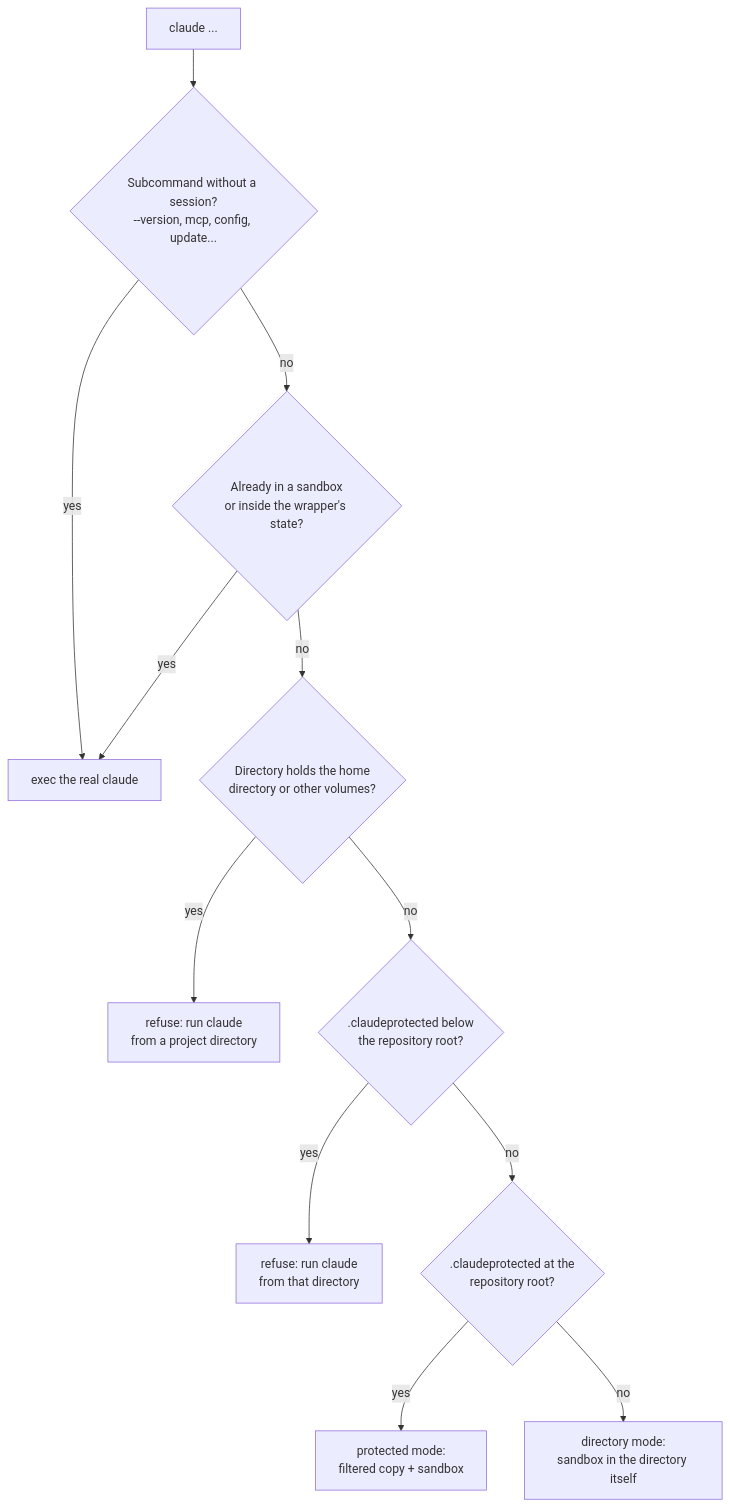
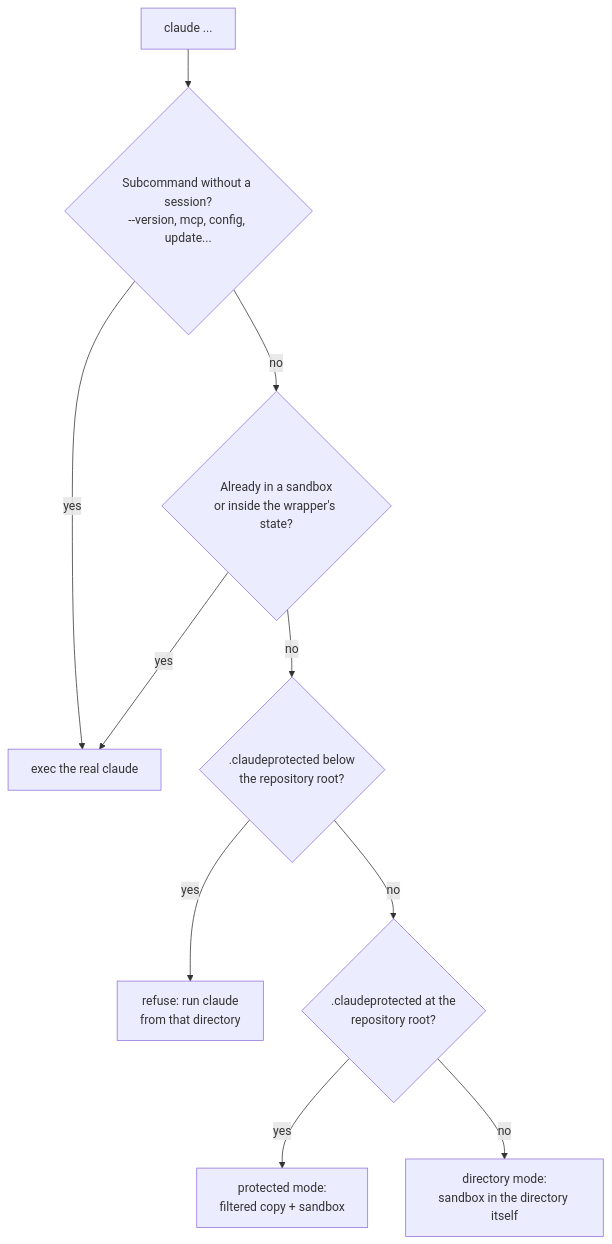
Before and after one commit to Lenstra/claude-secure-sandbox: the second of 4 diagrams in docs/ARCHITECTURE.md, drawn with Mermaid. The commit also changed other lines of this file and 7 other files, not shown here.

First line of the commit message:
feat: let a session started in the home directory read it, without writing there

````diff
--- a/docs/ARCHITECTURE.md
+++ b/docs/ARCHITECTURE.md
@@ -114,14 +114,12 @@
 ```mermaid
 flowchart TD
   start["claude ..."] --> sub{"Subcommand without a session?<br/>--version, mcp, config, update..."}
   sub -- yes --> real["exec the real claude"]
   sub -- no --> inside{"Already in a sandbox<br/>or inside the wrapper's state?"}
   inside -- yes --> real
-  inside -- no --> home{"Directory holds the home<br/>directory or other volumes?"}
-  home -- yes --> refusehome["refuse: run claude<br/>from a project directory"]
-  home -- no --> nested{".claudeprotected below<br/>the repository root?"}
+  inside -- no --> nested{".claudeprotected below<br/>the repository root?"}
   nested -- yes --> refuse["refuse: run claude<br/>from that directory"]
   nested -- no --> root{".claudeprotected at the<br/>repository root?"}
   root -- yes --> protected["protected mode:<br/>filtered copy + sandbox"]
   root -- no --> directory["directory mode:<br/>sandbox in the directory itself"]
 ```
````
